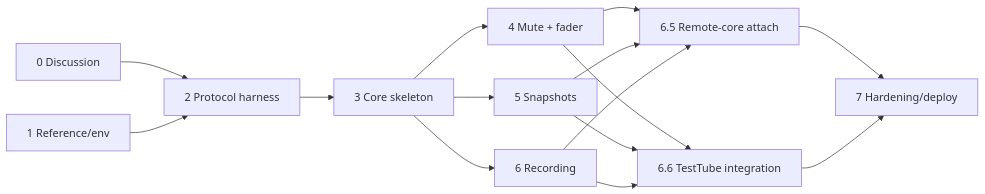
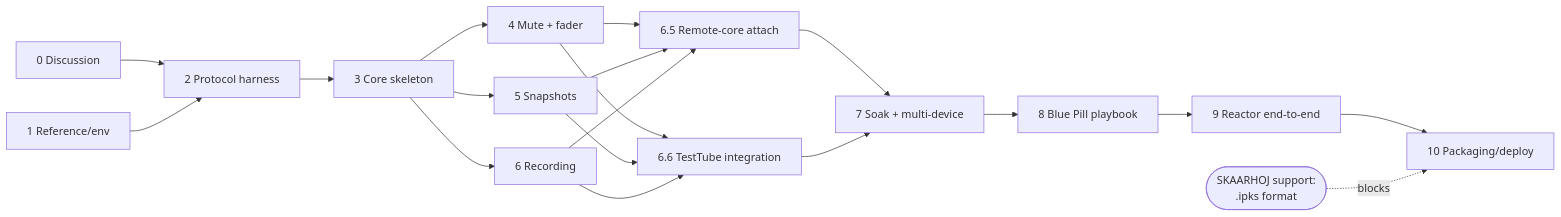
One commit to collisterumc/skaarhoj_soundcraft changed the diagram in TODO.md. Above: the diagram before and after it, drawn with Mermaid. The commit also changed other lines of this file and 3 other files, not shown here.

First line of the commit message:
Re-phase the roadmap around what SKAARHOJ support blocks

````diff
--- a/TODO.md
+++ b/TODO.md
@@ -378,17 +507,21 @@
 ```mermaid
 graph LR
     G0[0 Discussion] --> G2
     G1[1 Reference/env] --> G2[2 Protocol harness]
     G2 --> G3[3 Core skeleton]
     G3 --> G4[4 Mute + fader]
     G3 --> G5[5 Snapshots]
     G3 --> G6[6 Recording]
     G4 --> G65[6.5 Remote-core attach]
     G5 --> G65
     G6 --> G65
     G4 --> G66[6.6 TestTube integration]
     G5 --> G66
     G6 --> G66
-    G65 --> G7[7 Hardening/deploy]
+    G65 --> G7[7 Soak + multi-device]
     G66 --> G7
+    G7 --> G8[8 Blue Pill playbook]
+    G8 --> G9[9 Reactor end-to-end]
+    G9 --> G10[10 Packaging/deploy]
+    SUP([SKAARHOJ support:<br/>.ipks format]) -.blocks.-> G10
 ```
````
